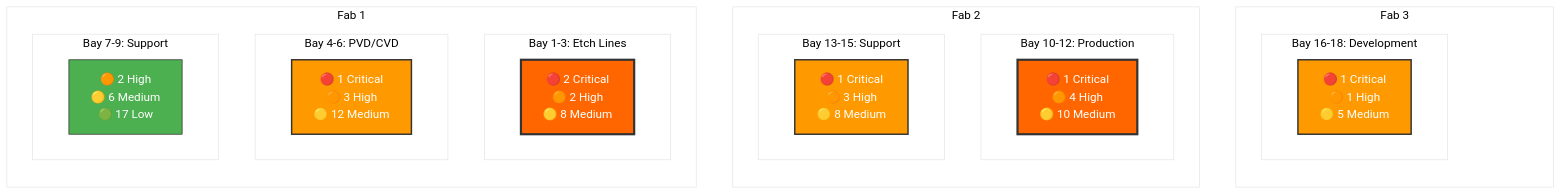
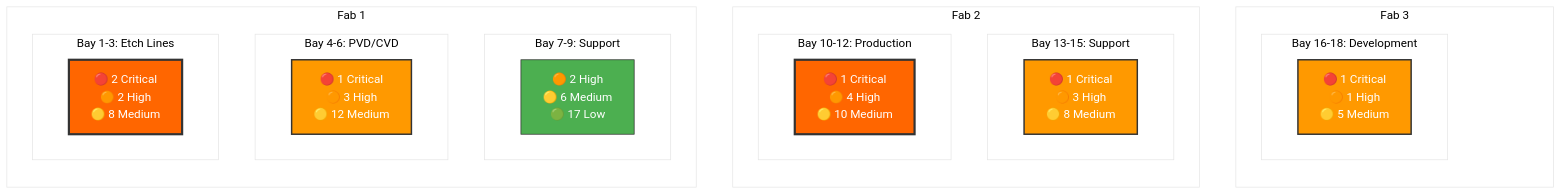
One commit to StephanieHepp/Risk-Assessment changed the third of 10 diagrams in scaled_vacuum_report_200.md. Above: the diagram before and after it, drawn with Mermaid. The commit also changed other lines of this file, not shown here.

````diff
--- a/scaled_vacuum_report_200.md
+++ b/scaled_vacuum_report_200.md
@@ -40,48 +40,48 @@
 ```mermaid
 %%{init: {'theme':'base', 'themeVariables': {'primaryColor':'#fff', 'secondaryColor':'#000'}}}%%
 graph TB
     subgraph "Fab 3"
         direction TB
         spacer["<br/><br/>"]:::invisible
             subgraph "Bay 16-18: Development"
                 F3B1["🔴 1 Critical<br/>🟠 1 High<br/>🟡 5 Medium"]
             end
     end
     
     subgraph "Fab 2"
         direction TB
         spacer["<br/><br/>"]:::invisible
+            subgraph "Bay 13-15: Support"
+                F2B2["🔴 1 Critical<br/>🟠 3 High<br/>🟡 8 Medium"]
+            end
             subgraph "Bay 10-12: Production"
                 F2B1["🔴 1 Critical<br/>🟠 4 High<br/>🟡 10 Medium"]
-            end
-            subgraph "Bay 13-15: Support"
-                F2B2["🔴 1 Critical<br/>🟠 3 High<br/>🟡 8 Medium"]
             end
     end
     
     subgraph "Fab 1"
         direction TB
         spacer["<br/><br/>"]:::invisible
-            subgraph "Bay 1-3: Etch Lines" 
-                F1B1["🔴 2 Critical<br/>🟠 2 High<br/>🟡 8 Medium"]
+            subgraph "Bay 7-9: Support" 
+                F1B3["🟠 2 High<br/>🟡 6 Medium<br/>🟢 17 Low"]
             end
             subgraph "Bay 4-6: PVD/CVD"
                 F1B2["🔴 1 Critical<br/>🟠 3 High<br/>🟡 12 Medium"]
             end
-            subgraph "Bay 7-9: Support" 
-                F1B3["🟠 2 High<br/>🟡 6 Medium<br/>🟢 17 Low"]
+            subgraph "Bay 1-3: Etch Lines" 
+                F1B1["🔴 2 Critical<br/>🟠 2 High<br/>🟡 8 Medium"]
             end
     end
 
     classDef invisible fill:none,stroke:none,stroke-width:0px
     classDef critical fill:#ff6600,stroke:#333,stroke-width:3px,color:#fff
     classDef high fill:#ff9900,stroke:#333,stroke-width:2px,color:#fff
     classDef medium fill:#ffcc00,stroke:#333,stroke-width:2px,color:#000
     classDef lowrisk fill:#4CAF50,stroke:#333,stroke-width:1px,color:#fff
     
 
     
     class F1B1,F2B1 critical
     class F1B2,F2B2,F3B1 high
     class F1B3 lowrisk
 ```
````
